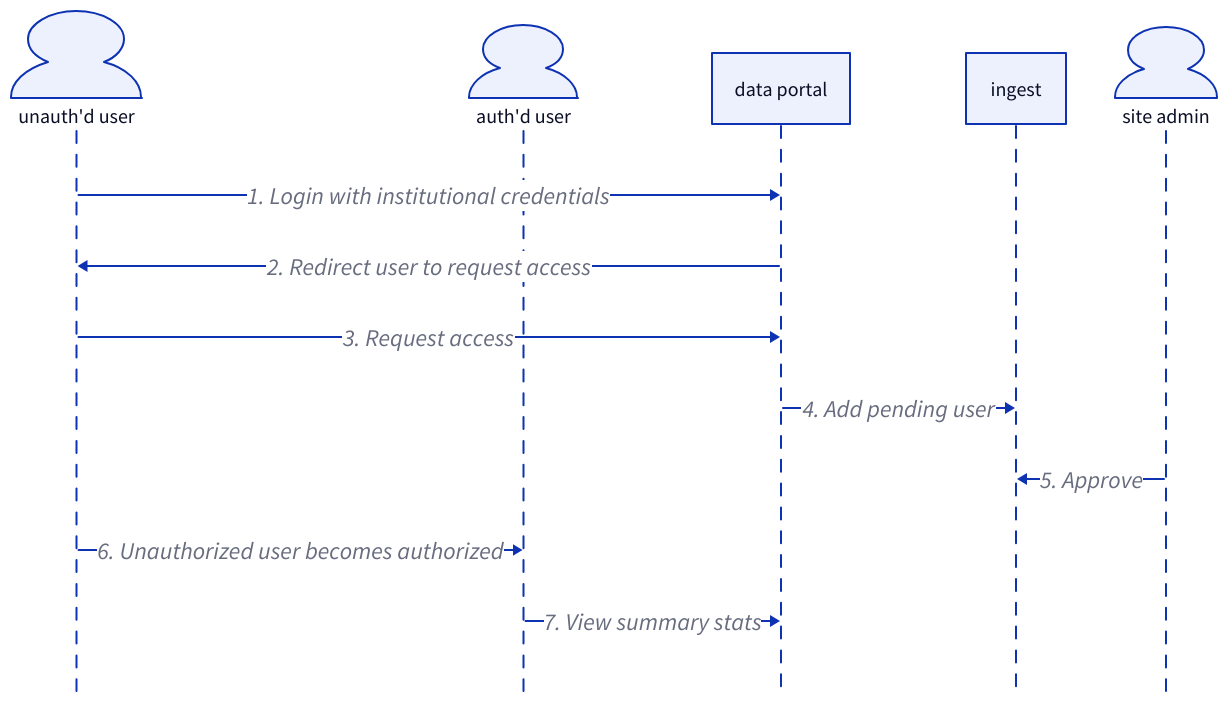
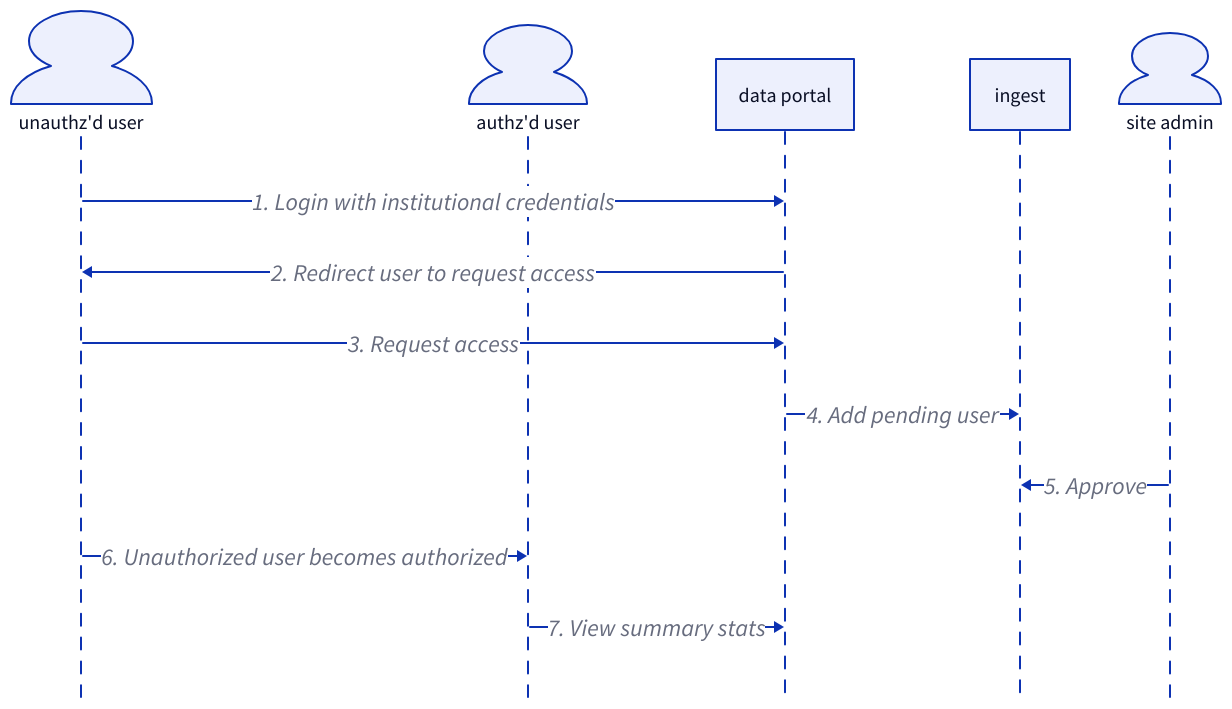
Before and after one commit to CanDIG/CanDIGv2: the first of 2 diagrams in docs/src/content/docs/user-roles/roles-overview.mdx, drawn with D2. The commit also changed other lines of this file and 1 other file, not shown here.

````diff
--- a/docs/src/content/docs/user-roles/roles-overview.mdx
+++ b/docs/src/content/docs/user-roles/roles-overview.mdx
@@ -13,21 +43,21 @@
 ```d2 
 # User request flow
 shape: sequence_diagram
-unauth'd user: {shape: person}
-unauth'd user.style.font-size: 20
-auth'd user: {shape: person}
-auth'd user.style.font-size: 20
+unauthz'd user: {shape: person}
+unauthz'd user.style.font-size: 20
+authz'd user: {shape: person}
+authz'd user.style.font-size: 20
 data portal
 data portal.style.font-size: 20
 ingest
 ingest.style.font-size: 20
 site admin: {shape: person}
 site admin.style.font-size: 20
-unauth'd user -> data portal: 1. Login with institutional credentials {style: {font-size: 24}}
-data portal -> unauth'd user: 2. Redirect user to request access {style: {font-size: 24}}
-unauth'd user -> data portal: 3. Request access {style: {font-size: 24}}
+unauthz'd user -> data portal: 1. Login with institutional credentials {style: {font-size: 24}}
+data portal -> unauthz'd user: 2. Redirect user to request access {style: {font-size: 24}}
+unauthz'd user -> data portal: 3. Request access {style: {font-size: 24}}
 data portal -> ingest: 4. Add pending user {style: {font-size: 24}}
 site admin -> ingest: 5. Approve {style: {font-size: 24}}
-unauth'd user -> auth'd user: 6. Unauthorized user becomes authorized {style: {font-size: 24}}
-auth'd user -> data portal: 7. View summary stats {style: {font-size: 24}}
+unauthz'd user -> authz'd user: 6. Unauthorized user becomes authorized {style: {font-size: 24}}
+authz'd user -> data portal: 7. View summary stats {style: {font-size: 24}}
 ```
````
